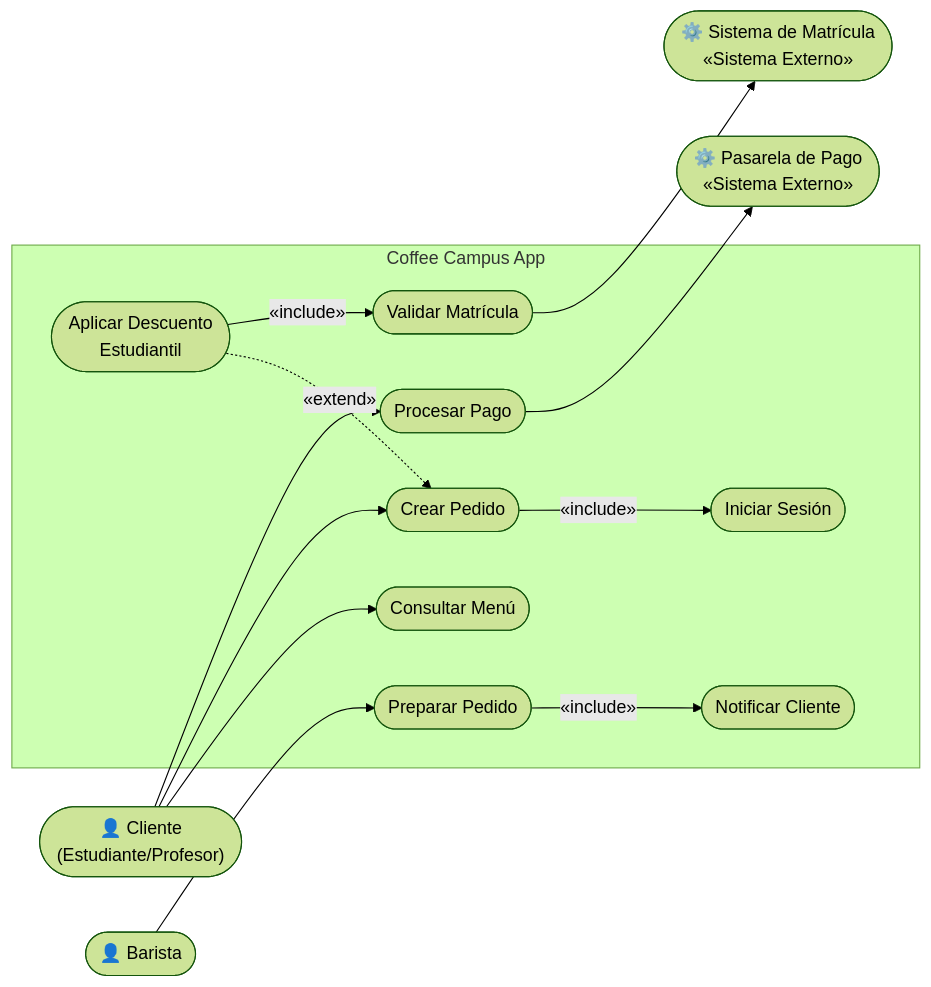
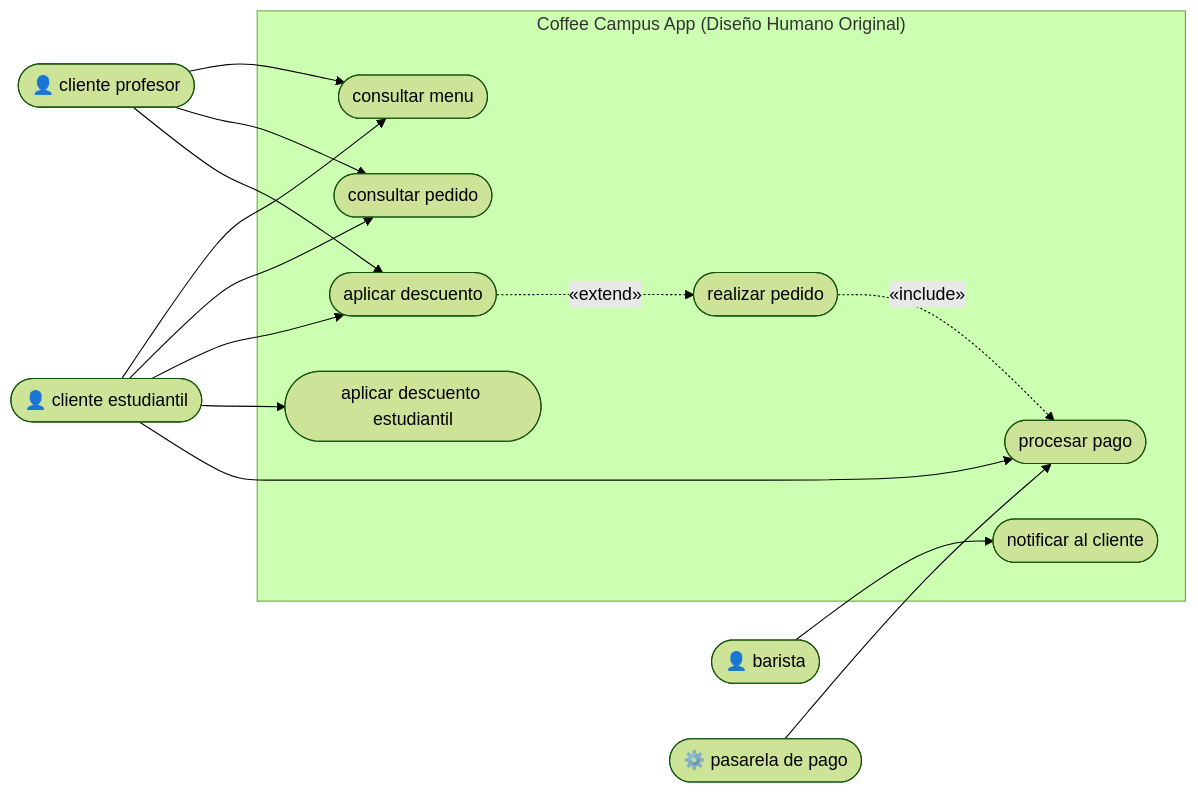
One commit to Asshess/ActividadFormativaUML changed the first of 12 diagrams in README.md. Above: the diagram before and after it, drawn with Mermaid (forest theme). The commit also changed other lines of this file and 42 other files, not shown here.

````diff
--- a/README.md
+++ b/README.md
@@ -47,31 +64,33 @@
 ```mermaid
 flowchart LR
-    Cliente(["👤 Cliente\n(Estudiante/Profesor)"])
-    Barista(["👤 Barista"])
-    Pasarela(["⚙️ Pasarela de Pago\n«Sistema Externo»"])
-    Matricula(["⚙️ Sistema de Matrícula\n«Sistema Externo»"])
+    Profesor(["👤 cliente profesor"])
+    Estudiante(["👤 cliente estudiantil"])
+    Barista(["👤 barista"])
+    Pasarela(["⚙️ pasarela de pago"])
 
-    subgraph CoffeeCampusApp["Coffee Campus App"]
-        UC1(["Consultar Menú"])
-        UC2(["Iniciar Sesión"])
-        UC3(["Crear Pedido"])
-        UC4(["Aplicar Descuento\nEstudiantil"])
-        UC5(["Validar Matrícula"])
-        UC6(["Procesar Pago"])
-        UC7(["Preparar Pedido"])
-        UC8(["Notificar Cliente"])
+    subgraph CoffeeCampusApp["Coffee Campus App (Diseño Humano Original)"]
+        UC1(["consultar menu"])
+        UC2(["consultar pedido"])
+        UC3(["aplicar descuento"])
+        UC4(["aplicar descuento estudiantil"])
+        UC5(["realizar pedido"])
+        UC6(["procesar pago"])
+        UC7(["notificar al cliente"])
     end
 
-    Cliente --> UC1
-    Cliente --> UC3
-    Cliente --> UC6
+    Profesor --> UC1
+    Profesor --> UC2
+    Profesor --> UC3
 
-    UC3 -->|"«include»"| UC2
-    UC4 -.->|"«extend»"| UC3
-    UC4 -->|"«include»"| UC5
-    UC5 --> Matricula
+    Estudiante --> UC1
+    Estudiante --> UC2
+    Estudiante --> UC3
+    Estudiante --> UC4
+    Estudiante --> UC6
 
-    UC6 --> Pasarela
+    UC3 -.->|"«extend»"| UC5
+    UC5 -.->|"«include»"| UC6
+
+    Pasarela --> UC6
     Barista --> UC7
-    UC7 -->|"«include»"| UC8
 ```
````
